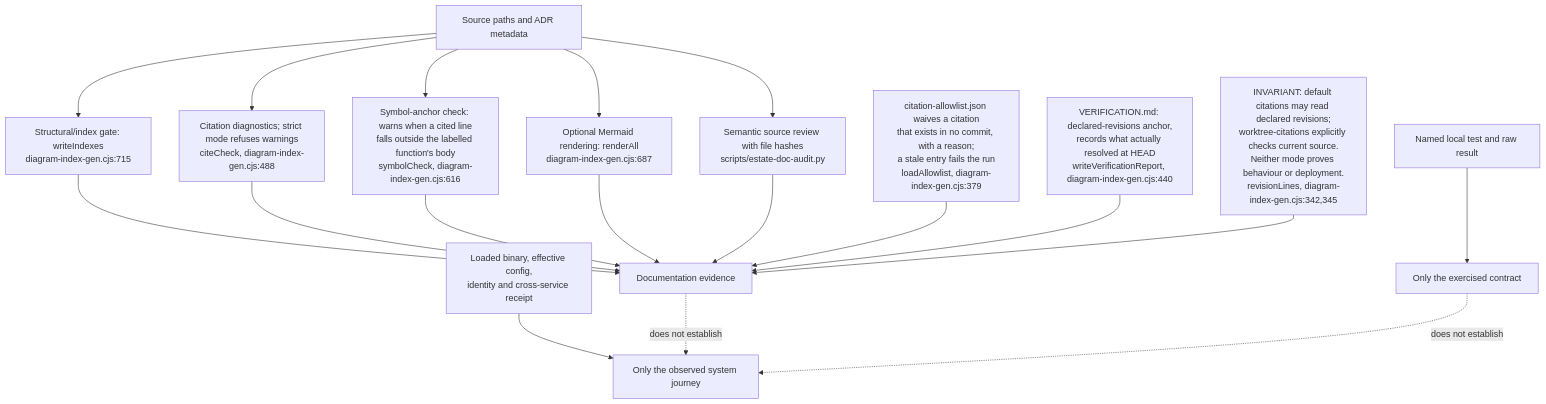
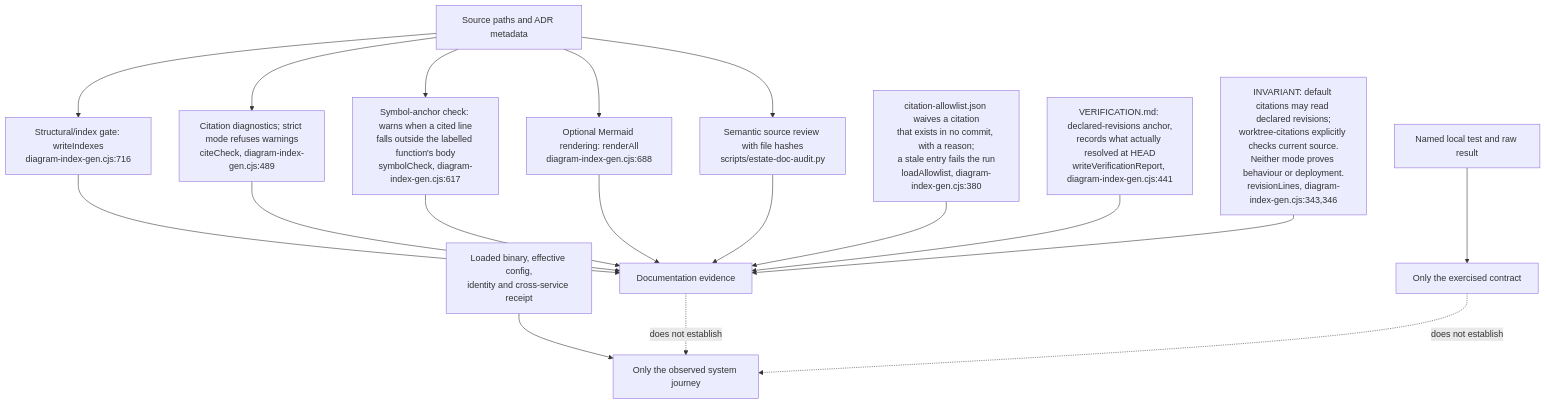
The fifth of 5 diagrams in docs/diagrams/estate/90-evidence-and-supporting-repositories.md (DreamLab-AI/VisionFlow), drawn with Mermaid before and after one commit. The commit also changed other lines of this file and 94 other files, not shown here.

First line of the commit message:
docs(diagrams): re-verify 130 topics against 2 October HEADs

````diff
--- a/docs/diagrams/estate/90-evidence-and-supporting-repositories.md
+++ b/docs/diagrams/estate/90-evidence-and-supporting-repositories.md
@@ -89,20 +97,20 @@
 ```mermaid
 flowchart TB
-    F["Source paths and ADR metadata"] --> G["Structural/index gate: writeIndexes<br/>diagram-index-gen.cjs:715"]
-    F --> C["Citation diagnostics; strict mode refuses warnings<br/>citeCheck, diagram-index-gen.cjs:488"]
-    F --> SYM["Symbol-anchor check: warns when a cited line<br/>falls outside the labelled function's body<br/>symbolCheck, diagram-index-gen.cjs:616"]
-    F --> R["Optional Mermaid rendering: renderAll<br/>diagram-index-gen.cjs:687"]
+    F["Source paths and ADR metadata"] --> G["Structural/index gate: writeIndexes<br/>diagram-index-gen.cjs:716"]
+    F --> C["Citation diagnostics; strict mode refuses warnings<br/>citeCheck, diagram-index-gen.cjs:489"]
+    F --> SYM["Symbol-anchor check: warns when a cited line<br/>falls outside the labelled function's body<br/>symbolCheck, diagram-index-gen.cjs:617"]
+    F --> R["Optional Mermaid rendering: renderAll<br/>diagram-index-gen.cjs:688"]
     F --> S["Semantic source review with file hashes<br/>scripts/estate-doc-audit.py"]
     G --> DOC["Documentation evidence"]
     C --> DOC
     SYM --> DOC
     R --> DOC
     S --> DOC
-    ALLOW["citation-allowlist.json waives a citation<br/>that exists in no commit, with a reason;<br/>a stale entry fails the run<br/>loadAllowlist, diagram-index-gen.cjs:379"] --> DOC
-    VER["VERIFICATION.md: declared-revisions anchor,<br/>records what actually resolved at HEAD<br/>writeVerificationReport, diagram-index-gen.cjs:440"] --> DOC
+    ALLOW["citation-allowlist.json waives a citation<br/>that exists in no commit, with a reason;<br/>a stale entry fails the run<br/>loadAllowlist, diagram-index-gen.cjs:380"] --> DOC
+    VER["VERIFICATION.md: declared-revisions anchor,<br/>records what actually resolved at HEAD<br/>writeVerificationReport, diagram-index-gen.cjs:441"] --> DOC
     TEST["Named local test and raw result"] --> LOCAL["Only the exercised contract"]
     RUN["Loaded binary, effective config,<br/>identity and cross-service receipt"] --> ACCEPT["Only the observed system journey"]
     DOC -.->|"does not establish"| ACCEPT
     LOCAL -.->|"does not establish"| ACCEPT
-    NOTE["INVARIANT: default citations may read declared revisions;<br/>worktree-citations explicitly checks current source.<br/>Neither mode proves behaviour or deployment.<br/>revisionLines, diagram-index-gen.cjs:342,345"] --> DOC
+    NOTE["INVARIANT: default citations may read declared revisions;<br/>worktree-citations explicitly checks current source.<br/>Neither mode proves behaviour or deployment.<br/>revisionLines, diagram-index-gen.cjs:343,346"] --> DOC
 ```
````
